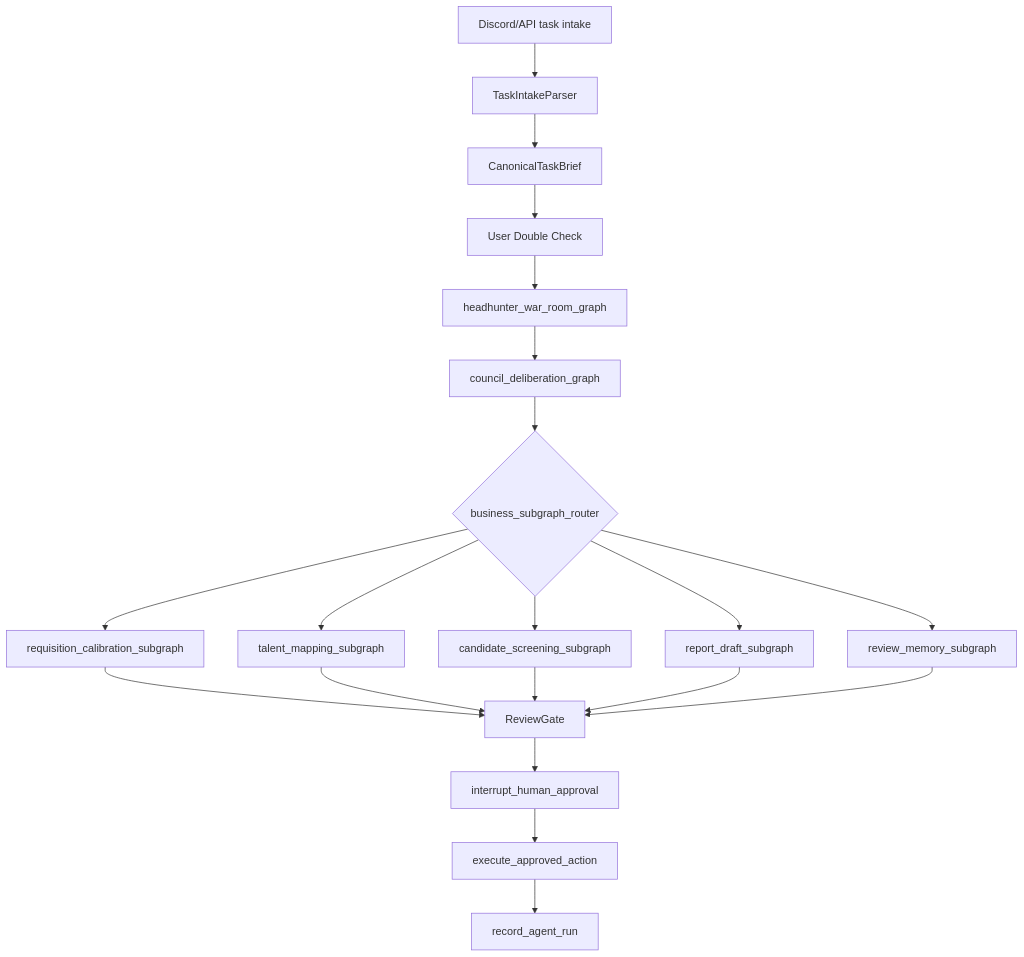
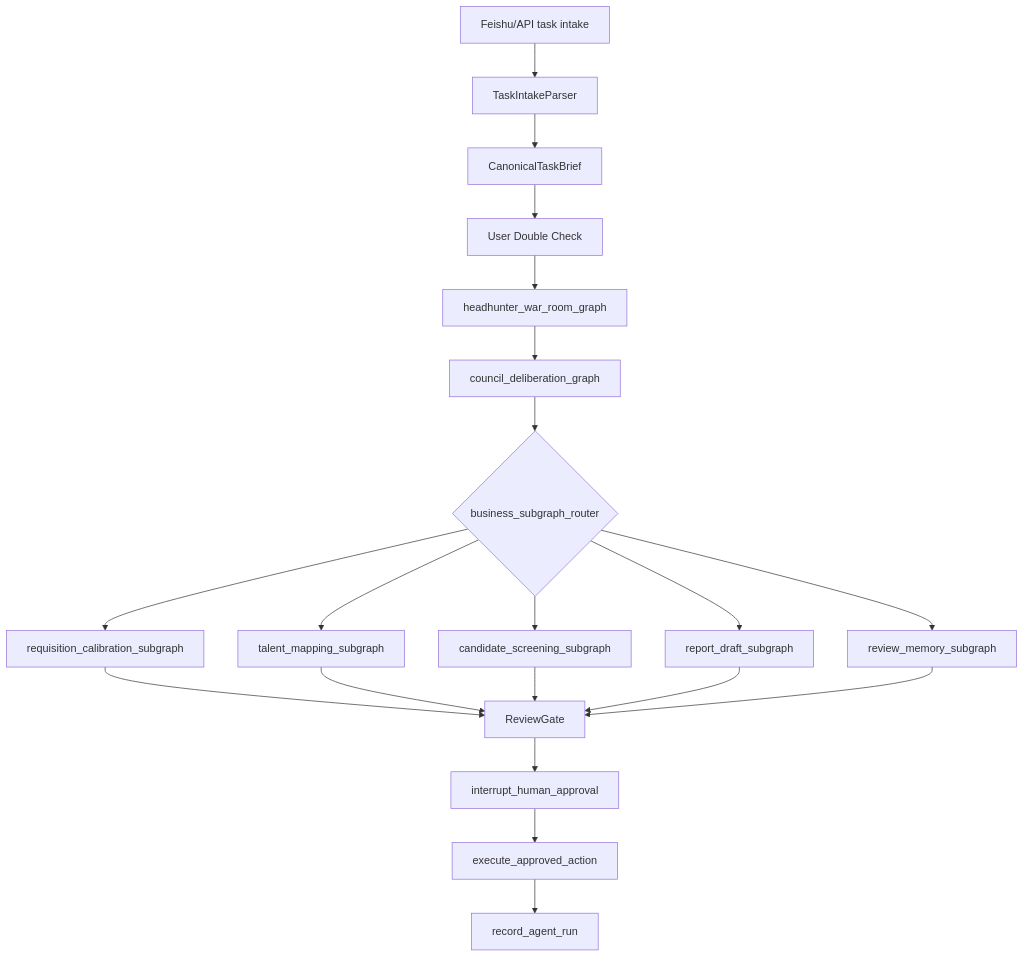
The first of 2 diagrams in docs/engineering/04_Agent与ContextPack设计.md (YiyuZh/headhunt-agent), drawn with Mermaid before and after one commit. The commit also changed other lines of this file and 87 other files, not shown here.

````diff
--- a/docs/engineering/04_Agent与ContextPack设计.md
+++ b/docs/engineering/04_Agent与ContextPack设计.md
@@ -16,22 +18,22 @@
 ```mermaid
 flowchart TD
-    Z["Discord/API task intake"] --> Y["TaskIntakeParser"]
+    Z["Feishu/API task intake"] --> Y["TaskIntakeParser"]
     Y --> X["CanonicalTaskBrief"]
     X --> W["User Double Check"]
     W --> A["headhunter_war_room_graph"]
     A --> B["council_deliberation_graph"]
     B --> C{"business_subgraph_router"}
     C --> D["requisition_calibration_subgraph"]
     C --> E["talent_mapping_subgraph"]
     C --> F["candidate_screening_subgraph"]
     C --> G["report_draft_subgraph"]
     C --> H["review_memory_subgraph"]
     D --> R["ReviewGate"]
     E --> R
     F --> R
     G --> R
     H --> R
     R --> I["interrupt_human_approval"]
     I --> J["execute_approved_action"]
     J --> K["record_agent_run"]
 ```
````
